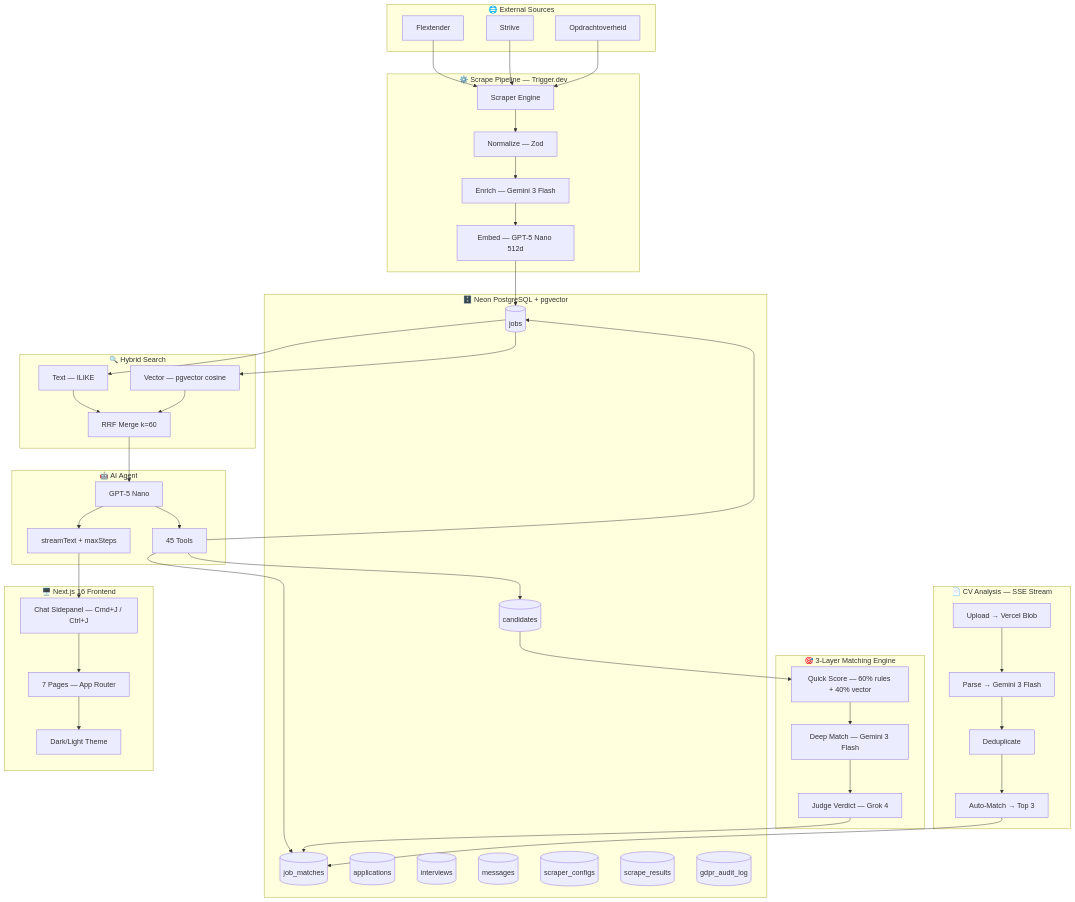
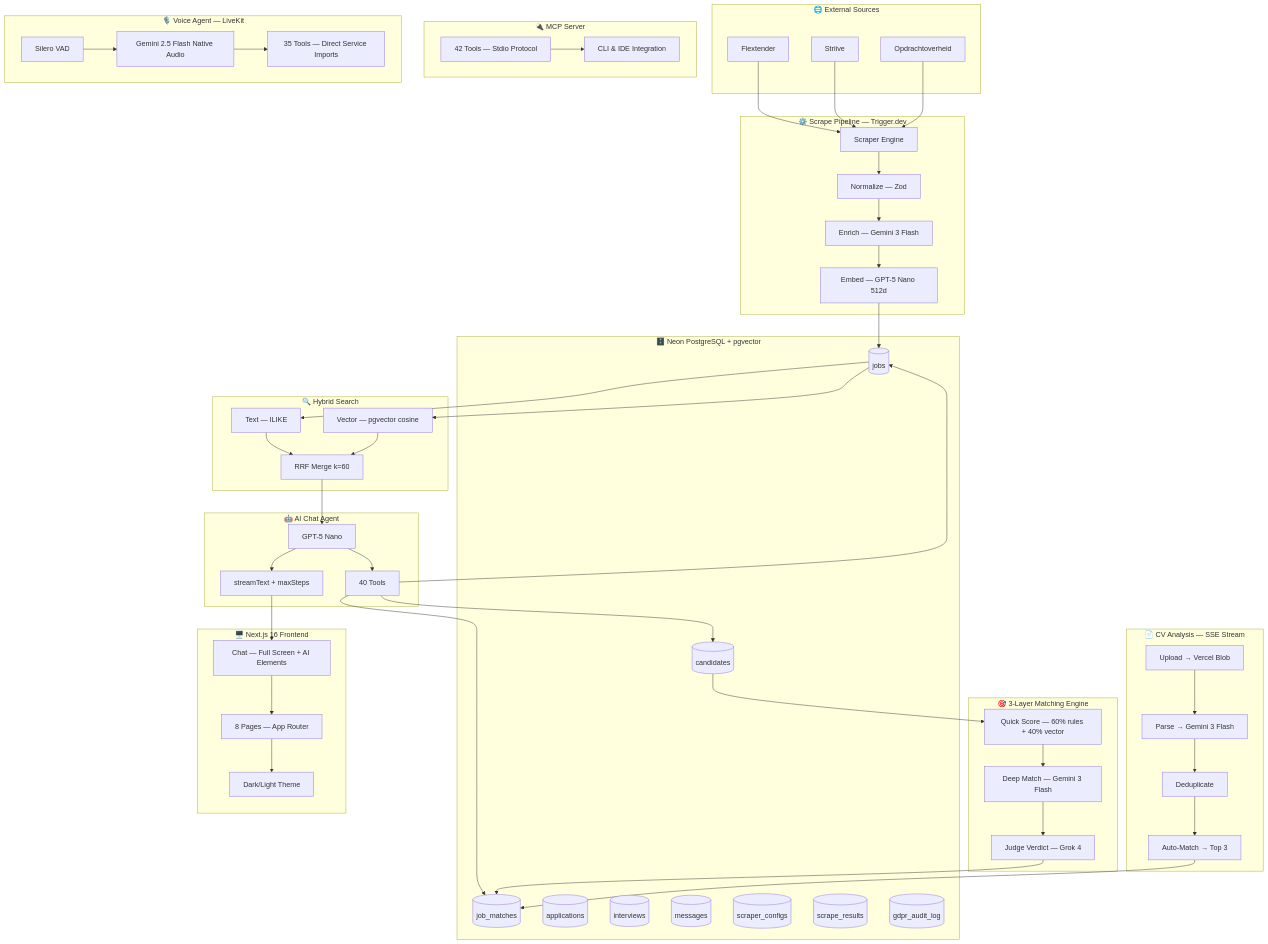
One commit to RyanLisse/motian changed the first of 12 diagrams in README.en.md. Above: the diagram before and after it, drawn with Mermaid. The commit also changed other lines of this file and 9 other files, not shown here.

First line of the commit message:
feat(voice): migrate voice agent to monorepo + update all documentation

````diff
--- a/README.en.md
+++ b/README.en.md
@@ -79,15 +79,26 @@
         RRF[RRF Merge k=60]
     end
 
-    subgraph AI["🤖 AI Agent"]
+    subgraph AI["🤖 AI Chat Agent"]
         AGENT[GPT-5 Nano]
-        TOOLS[45 Tools]
+        TOOLS[40 Tools]
         STREAM[streamText + maxSteps]
     end
 
+    subgraph MCP["🔌 MCP Server"]
+        MCPS[42 Tools — Stdio Protocol]
+        CLI[CLI & IDE Integration]
+    end
+
+    subgraph Voice["🎙️ Voice Agent — LiveKit"]
+        VLLM[Gemini 2.5 Flash Native Audio]
+        VTOOLS[35 Tools — Direct Service Imports]
+        VAD[Silero VAD]
+    end
+
     subgraph Frontend["🖥️ Next.js 16 Frontend"]
-        PAGES[7 Pages — App Router]
-        CHAT[Chat Sidepanel — Cmd+J / Ctrl+J]
+        PAGES[8 Pages — App Router]
+        CHAT[Chat — Full Screen + AI Elements]
         THEME[Dark/Light Theme]
     end
 
@@ -112,6 +123,9 @@
     UP --> PA --> DD --> AM --> MATCH
 
     AGENT --> STREAM --> CHAT
+    MCPS --> CLI
+    VLLM --> VTOOLS
+    VAD --> VLLM
     CHAT --> PAGES
     PAGES --> THEME
 ```
````
